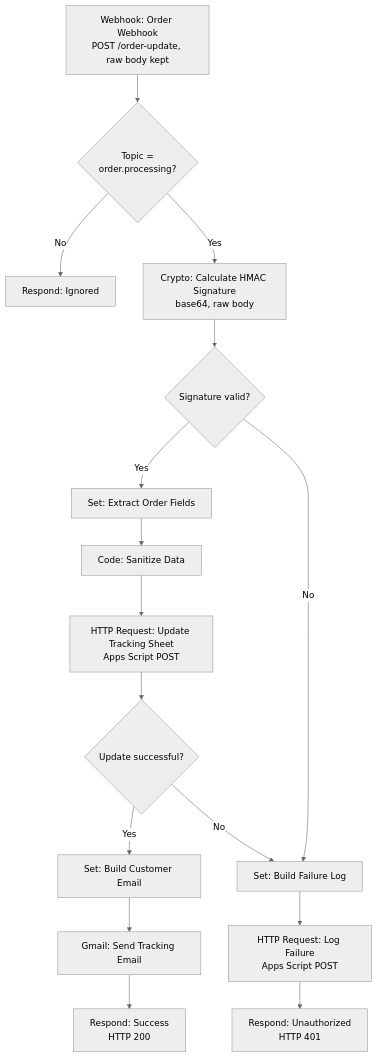
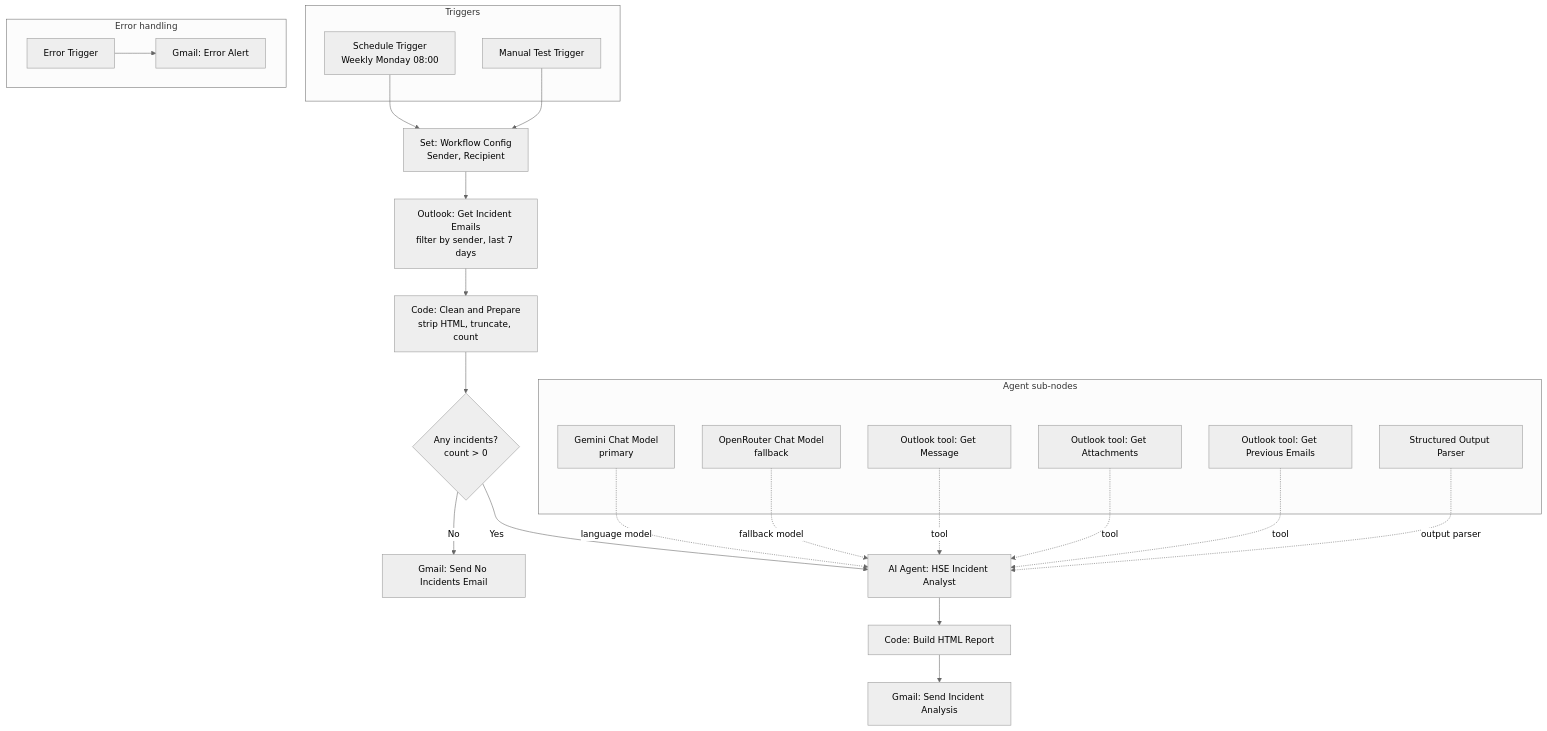
One commit to Omar-Ayman0/n8n-ai-automation-projects changed the diagram in README.md. Above: the diagram before and after it, drawn with Mermaid (neutral theme). The commit also changed other lines of this file and 2 other files, not shown here.

````diff
--- a/README.md
+++ b/README.md
@@ -17,20 +15,36 @@
 ```mermaid
 flowchart TD
-    WH["Webhook: Order Webhook<br/>POST /order-update, raw body kept"] --> TF{"Topic =<br/>order.processing?"}
-    TF -- "No" --> IG["Respond: Ignored"]
-    TF -- "Yes" --> HM["Crypto: Calculate HMAC Signature<br/>base64, raw body"]
-    HM --> SV{"Signature valid?"}
+    subgraph T["Triggers"]
+        S["Schedule Trigger<br/>Weekly Monday 08:00"]
+        M["Manual Test Trigger"]
+    end
+    S --> CFG["Set: Workflow Config<br/>Sender, Recipient"]
+    M --> CFG
+    CFG --> GE["Outlook: Get Incident Emails<br/>filter by sender, last 7 days"]
+    GE --> CP["Code: Clean and Prepare<br/>strip HTML, truncate, count"]
+    CP --> IF{"Any incidents?<br/>count > 0"}
+    IF -- "No" --> NI["Gmail: Send No Incidents Email"]
+    IF -- "Yes" --> AG["AI Agent: HSE Incident Analyst"]
 
-    SV -- "Yes" --> EX["Set: Extract Order Fields"]
-    EX --> SAN["Code: Sanitize Data"]
-    SAN --> UT["HTTP Request: Update Tracking Sheet<br/>Apps Script POST"]
-    UT --> US{"Update successful?"}
-    US -- "Yes" --> BE["Set: Build Customer Email"]
-    BE --> SE["Gmail: Send Tracking Email"]
-    SE --> RS["Respond: Success<br/>HTTP 200"]
+    subgraph SUB["Agent sub-nodes"]
+        G["Gemini Chat Model<br/>primary"]
+        O["OpenRouter Chat Model<br/>fallback"]
+        T1["Outlook tool: Get Message"]
+        T2["Outlook tool: Get Attachments"]
+        T3["Outlook tool: Get Previous Emails"]
+        P["Structured Output Parser"]
+    end
+    G -. "language model" .-> AG
+    O -. "fallback model" .-> AG
+    T1 -. "tool" .-> AG
+    T2 -. "tool" .-> AG
+    T3 -. "tool" .-> AG
+    P -. "output parser" .-> AG
 
-    SV -- "No" --> BF["Set: Build Failure Log"]
-    US -- "No" --> BF
-    BF --> LF["HTTP Request: Log Failure<br/>Apps Script POST"]
-    LF --> RU["Respond: Unauthorized<br/>HTTP 401"]
+    AG --> HR["Code: Build HTML Report"]
+    HR --> SE["Gmail: Send Incident Analysis"]
+
+    subgraph ERR["Error handling"]
+        ET["Error Trigger"] --> EA["Gmail: Error Alert"]
+    end
 ```
````
